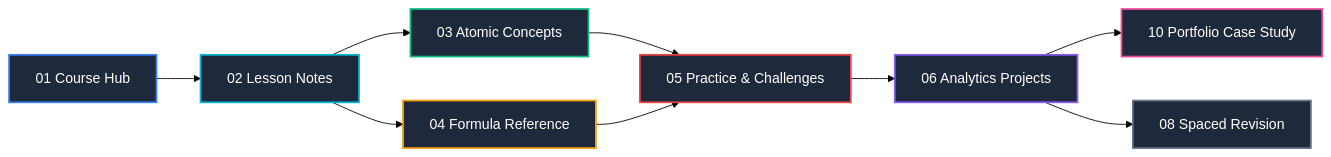
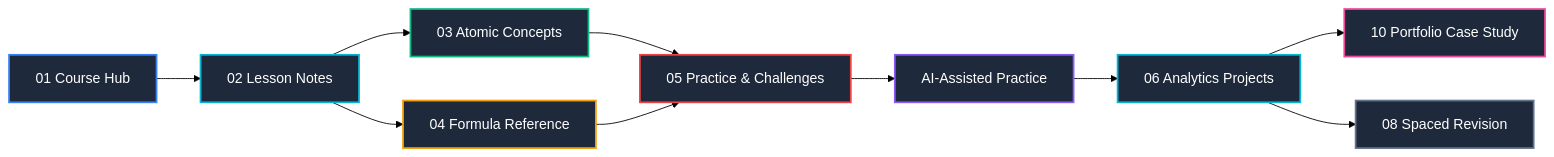
One commit to Sohila-Khaled-Abbas/COURSE-EXCEL-ZERO-TO-HERO changed the first of 2 diagrams in README.md. Above: the diagram before and after it, drawn with Mermaid (forest theme). The commit also changed other lines of this file and 36 other files, not shown here.

Commit message:
feat(ai-track): add AI-assisted Excel learning system, SORT formulas, implementation roadmap, and dashboard fixes

````diff
--- a/README.md
+++ b/README.md
@@ -34,20 +34,22 @@
 ```mermaid
 flowchart LR
     A[01 Course Hub] --> B[02 Lesson Notes]
     B --> C[03 Atomic Concepts]
     B --> D[04 Formula Reference]
     C --> E[05 Practice & Challenges]
     D --> E
-    E --> F[06 Analytics Projects]
-    F --> G[10 Portfolio Case Study]
-    F --> H[08 Spaced Revision]
+    E --> F[AI-Assisted Practice]
+    F --> G[06 Analytics Projects]
+    G --> H[10 Portfolio Case Study]
+    G --> I[08 Spaced Revision]
 
     style A fill:#1e293b,stroke:#3b82f6,stroke-width:2px,color:#fff
     style B fill:#1e293b,stroke:#06b6d4,stroke-width:2px,color:#fff
     style C fill:#1e293b,stroke:#10b981,stroke-width:2px,color:#fff
     style D fill:#1e293b,stroke:#f59e0b,stroke-width:2px,color:#fff
     style E fill:#1e293b,stroke:#ef4444,stroke-width:2px,color:#fff
     style F fill:#1e293b,stroke:#8b5cf6,stroke-width:2px,color:#fff
-    style G fill:#1e293b,stroke:#ec4899,stroke-width:2px,color:#fff
-    style H fill:#1e293b,stroke:#64748b,stroke-width:2px,color:#fff
+    style G fill:#1e293b,stroke:#06b6d4,stroke-width:2px,color:#fff
+    style H fill:#1e293b,stroke:#ec4899,stroke-width:2px,color:#fff
+    style I fill:#1e293b,stroke:#64748b,stroke-width:2px,color:#fff
 ```
````
